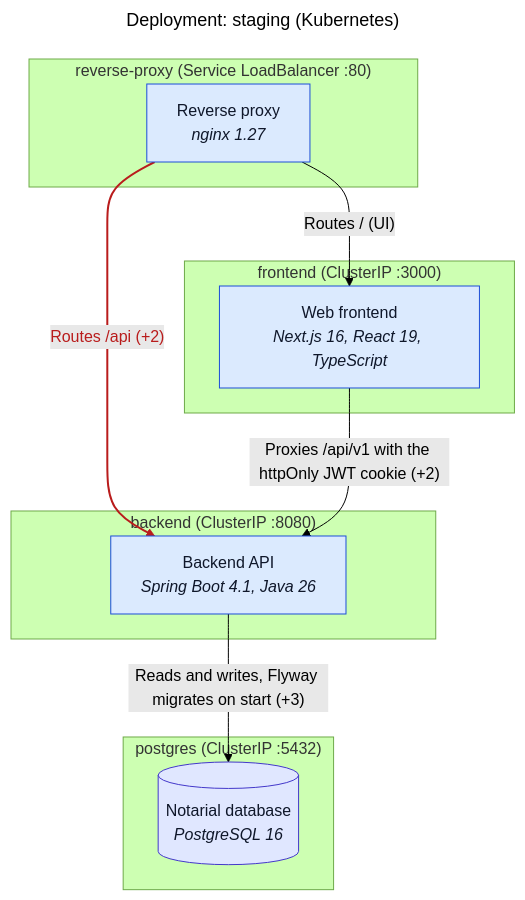
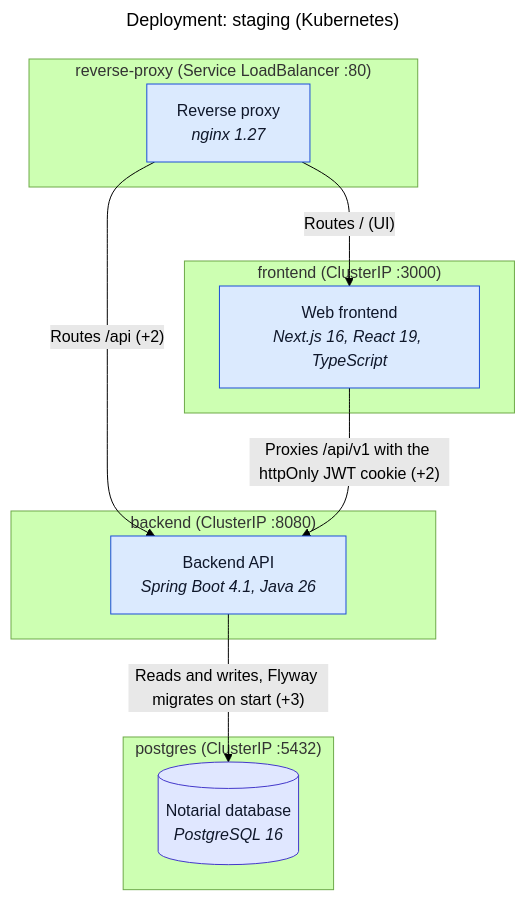
Before and after one commit to matiaspakua/notaire: the third of 3 diagrams in docs/200-architecture/209-deployment/README.md, drawn with Mermaid (forest theme). The commit also changed other lines of this file and 10 other files, not shown here.

First line of the commit message:
docs(architecture): the model and docs record #2484, #2487 and #2488 as fixed

````diff
--- a/docs/200-architecture/209-deployment/README.md
+++ b/docs/200-architecture/209-deployment/README.md
@@ -125,27 +124,26 @@
 ```mermaid
 ---
 title: "Deployment: staging (Kubernetes)"
 ---
 flowchart TB
   subgraph staging_cluster_proxyPod["reverse-proxy (Service LoadBalancer :80)"]
     staging_cluster_proxyPod_ingress["Reverse proxy<br/><i>nginx 1.27</i>"]
   end
   subgraph staging_cluster_fePod["frontend (ClusterIP :3000)"]
     staging_cluster_fePod_frontend["Web frontend<br/><i>Next.js 16, React 19, TypeScript</i>"]
   end
   subgraph staging_cluster_bePod["backend (ClusterIP :8080)"]
     staging_cluster_bePod_backend["Backend API<br/><i>Spring Boot 4.1, Java 26</i>"]
   end
   subgraph staging_cluster_pgPod["postgres (ClusterIP :5432)"]
     staging_cluster_pgPod_database[("Notarial database<br/><i>PostgreSQL 16</i>")]
   end
   staging_cluster_proxyPod_ingress -- "Routes / (UI)" --> staging_cluster_fePod_frontend
   staging_cluster_proxyPod_ingress -- "Routes /api (+2)" --> staging_cluster_bePod_backend
   staging_cluster_fePod_frontend -- "Proxies /api/v1 with the httpOnly JWT cookie (+2)" --> staging_cluster_bePod_backend
   staging_cluster_bePod_backend -- "Reads and writes, Flyway migrates on start (+3)" --> staging_cluster_pgPod_database
   classDef c_primary fill:#dbeafe,stroke:#1d4ed8,color:#0f172a
   classDef c_indigo fill:#e0e7ff,stroke:#4338ca,color:#0f172a
   class staging_cluster_proxyPod_ingress,staging_cluster_fePod_frontend,staging_cluster_bePod_backend c_primary
   class staging_cluster_pgPod_database c_indigo
-  linkStyle 1 stroke:#b91c1c,stroke-width:2px,color:#b91c1c
 ```
````
